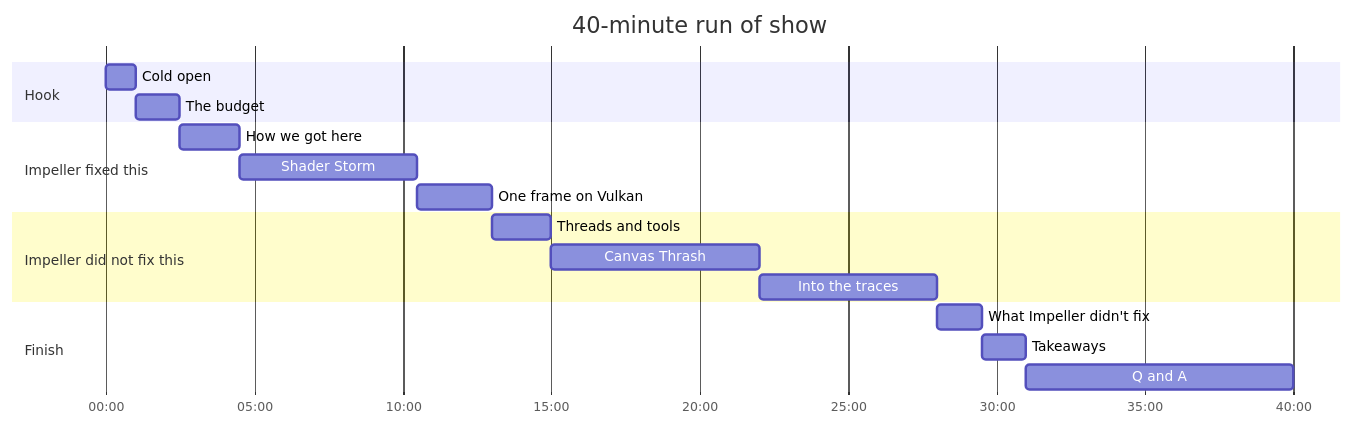
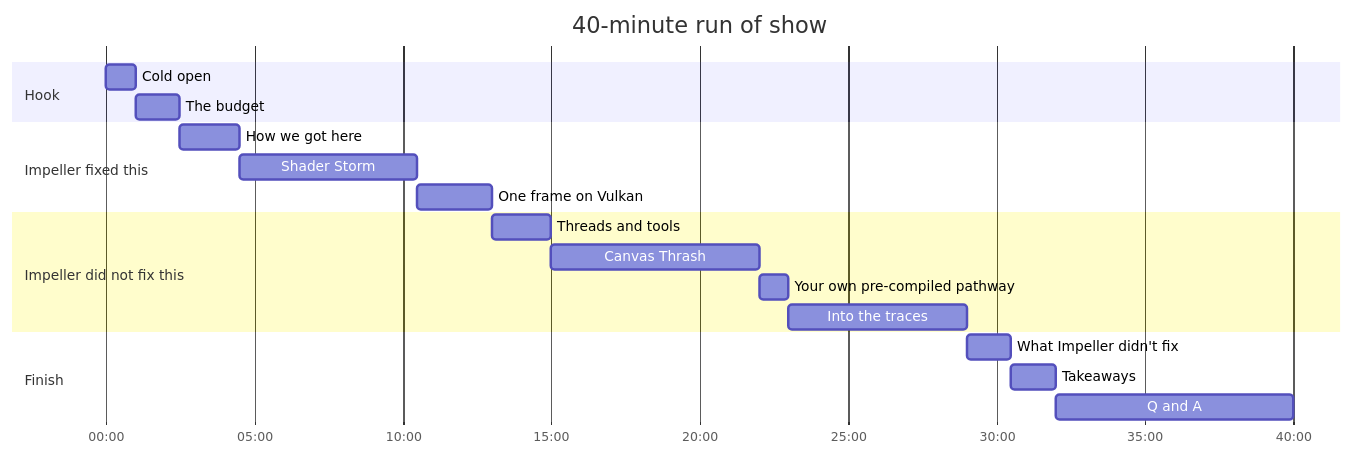
The second of 2 diagrams in docs/talk/talk-outline.md (cm-collins/fluttercon-demo-app), drawn with Mermaid before and after one commit. The commit also changed other lines of this file and 4 other files, not shown here.

````diff
--- a/docs/talk/talk-outline.md
+++ b/docs/talk/talk-outline.md
@@ -48,21 +49,22 @@
 ```mermaid
 gantt
     title 40-minute run of show
     dateFormat mm:ss
     axisFormat %M:%S
     section Hook
     Cold open                     :h1, 00:00, 1m
     The budget                    :h2, after h1, 90s
     section Impeller fixed this
     How we got here               :a1, after h2, 2m
     Shader Storm                  :a2, after a1, 6m
     One frame on Vulkan           :a3, after a2, 150s
     section Impeller did not fix this
     Threads and tools             :b1, after a3, 2m
     Canvas Thrash                 :b2, after b1, 7m
-    Into the traces               :b3, after b2, 6m
+    Your own pre-compiled pathway :b4, after b2, 1m
+    Into the traces               :b3, after b4, 6m
     section Finish
     What Impeller didn't fix      :f1, after b3, 90s
     Takeaways                     :f2, after f1, 90s
-    Q and A                       :f3, after f2, 9m
+    Q and A                       :f3, after f2, 8m
 ```
````
